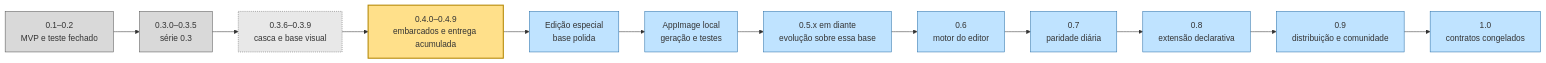
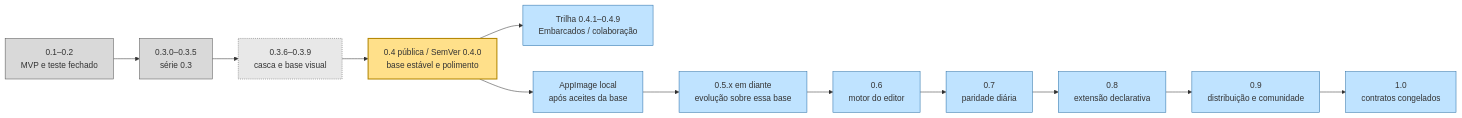
One commit to ViktorWalde/KineinVectis changed the diagram in DocsPublic/roadmaps/57-mapa-de-versoes-ate-a-1.0.md. Above: the diagram before and after it, drawn with Mermaid. The commit also changed other lines of this file and 7 other files, not shown here.

First line of the commit message:
docs(roadmap): separar base pública 0.4 da trilha de embarcados

````diff
--- a/DocsPublic/roadmaps/57-mapa-de-versoes-ate-a-1.0.md
+++ b/DocsPublic/roadmaps/57-mapa-de-versoes-ate-a-1.0.md
@@ -27,19 +27,19 @@
 ```mermaid
 flowchart LR
   v02["0.1–0.2<br/>MVP e teste fechado"]:::done --> v03["0.3.0–0.3.5<br/>série 0.3"]:::done
   v03 --> v036["0.3.6–0.3.9<br/>casca e base visual"]:::checkout
-  v036 --> v04["0.4.0–0.4.9<br/>embarcados e entrega acumulada"]:::now
-  v04 --> special["Edição especial<br/>base polida"]:::planned
-  special --> package["AppImage local<br/>geração e testes"]:::planned
+  v036 --> v04["0.4 pública / SemVer 0.4.0<br/>base estável e polimento"]:::now
+  v04 --> embedded["Trilha 0.4.1–0.4.9<br/>Embarcados / colaboração"]:::planned
+  v04 --> package["AppImage local<br/>após aceites da base"]:::planned
   package --> v05["0.5.x em diante<br/>evolução sobre essa base"]:::planned
   v05 --> v06["0.6<br/>motor do editor"]:::planned
   v06 --> v07["0.7<br/>paridade diária"]:::planned
   v07 --> v08["0.8<br/>extensão declarativa"]:::planned
   v08 --> v09["0.9<br/>distribuição e comunidade"]:::planned
   v09 --> v10["1.0<br/>contratos congelados"]:::planned
   classDef done fill:#d9d9d9,stroke:#555
   classDef now fill:#ffe08a,stroke:#b38600,stroke-width:2px
   classDef planned fill:#bfe3ff,stroke:#2a6fa8
   classDef checkout fill:#e8e8e8,stroke:#666,stroke-dasharray:2 2
   classDef proposed fill:#ffffff,stroke:#888,stroke-dasharray:5 4
 ```
````
